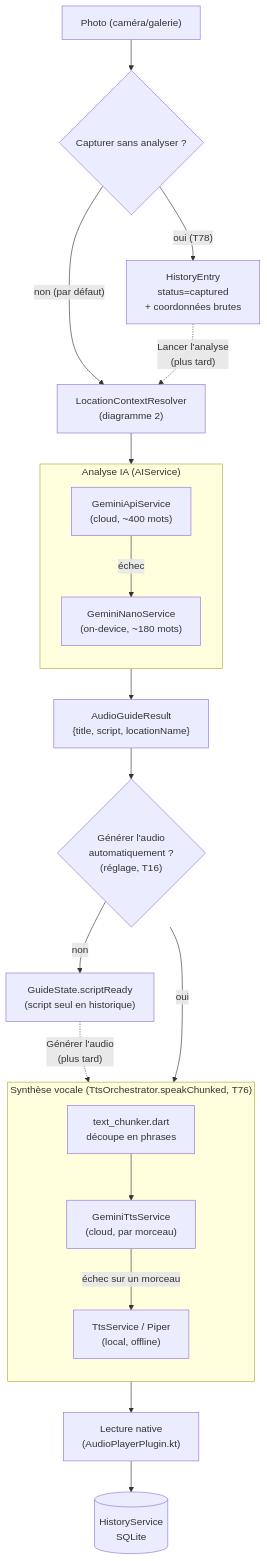
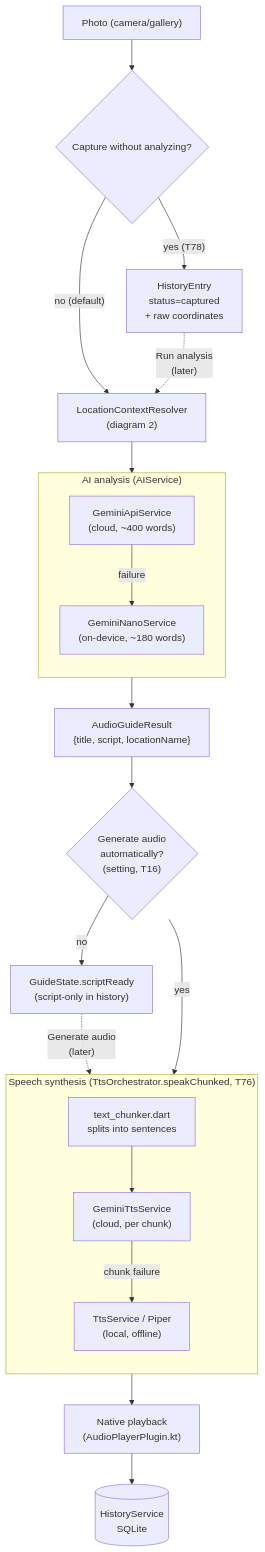
Before and after one commit to Nohzoh/AudioLens: the first of 3 diagrams in ARCHITECTURE.md, drawn with Mermaid. The commit also changed other lines of this file and 7 other files, not shown here.

````diff
--- a/ARCHITECTURE.md
+++ b/ARCHITECTURE.md
@@ -23,36 +23,36 @@
 ```mermaid
 flowchart TD
-    Capture["Photo (caméra/galerie)"] --> Entry{Capturer sans analyser ?}
-    Entry -- "non (par défaut)" --> Loc
-    Entry -- "oui (T78)" --> Stored["HistoryEntry\nstatus=captured\n+ coordonnées brutes"]
-    Stored -. "Lancer l'analyse\n(plus tard)" .-> Loc
+    Capture["Photo (camera/gallery)"] --> Entry{Capture without analyzing?}
+    Entry -- "no (default)" --> Loc
+    Entry -- "yes (T78)" --> Stored["HistoryEntry\nstatus=captured\n+ raw coordinates"]
+    Stored -. "Run analysis\n(later)" .-> Loc
 
-    Loc["LocationContextResolver\n(diagramme 2)"] --> AI
+    Loc["LocationContextResolver\n(diagram 2)"] --> AI
 
-    subgraph AI["Analyse IA (AIService)"]
+    subgraph AI["AI analysis (AIService)"]
         direction TB
-        Cloud["GeminiApiService\n(cloud, ~400 mots)"]
-        Nano["GeminiNanoService\n(on-device, ~180 mots)"]
-        Cloud -- échec --> Nano
+        Cloud["GeminiApiService\n(cloud, ~400 words)"]
+        Nano["GeminiNanoService\n(on-device, ~180 words)"]
+        Cloud -- failure --> Nano
     end
 
     AI --> Result["AudioGuideResult\n{title, script, locationName}"]
-    Result --> AutoTts{"Générer l'audio\nautomatiquement ?\n(réglage, T16)"}
+    Result --> AutoTts{"Generate audio\nautomatically?\n(setting, T16)"}
 
-    AutoTts -- non --> ScriptReady["GuideState.scriptReady\n(script seul en historique)"]
-    ScriptReady -. "Générer l'audio\n(plus tard)" .-> TTS
+    AutoTts -- no --> ScriptReady["GuideState.scriptReady\n(script-only in history)"]
+    ScriptReady -. "Generate audio\n(later)" .-> TTS
 
-    AutoTts -- oui --> TTS
+    AutoTts -- yes --> TTS
 
-    subgraph TTS["Synthèse vocale (TtsOrchestrator.speakChunked, T76)"]
+    subgraph TTS["Speech synthesis (TtsOrchestrator.speakChunked, T76)"]
         direction TB
-        Chunk["text_chunker.dart\ndécoupe en phrases"]
-        GTts["GeminiTtsService\n(cloud, par morceau)"]
+        Chunk["text_chunker.dart\nsplits into sentences"]
+        GTts["GeminiTtsService\n(cloud, per chunk)"]
         Piper["TtsService / Piper\n(local, offline)"]
         Chunk --> GTts
-        GTts -- échec sur un morceau --> Piper
+        GTts -- chunk failure --> Piper
     end
 
-    TTS --> Audio["Lecture native\n(AudioPlayerPlugin.kt)"]
+    TTS --> Audio["Native playback\n(AudioPlayerPlugin.kt)"]
     Audio --> History[("HistoryService\nSQLite")]
 ```
````
